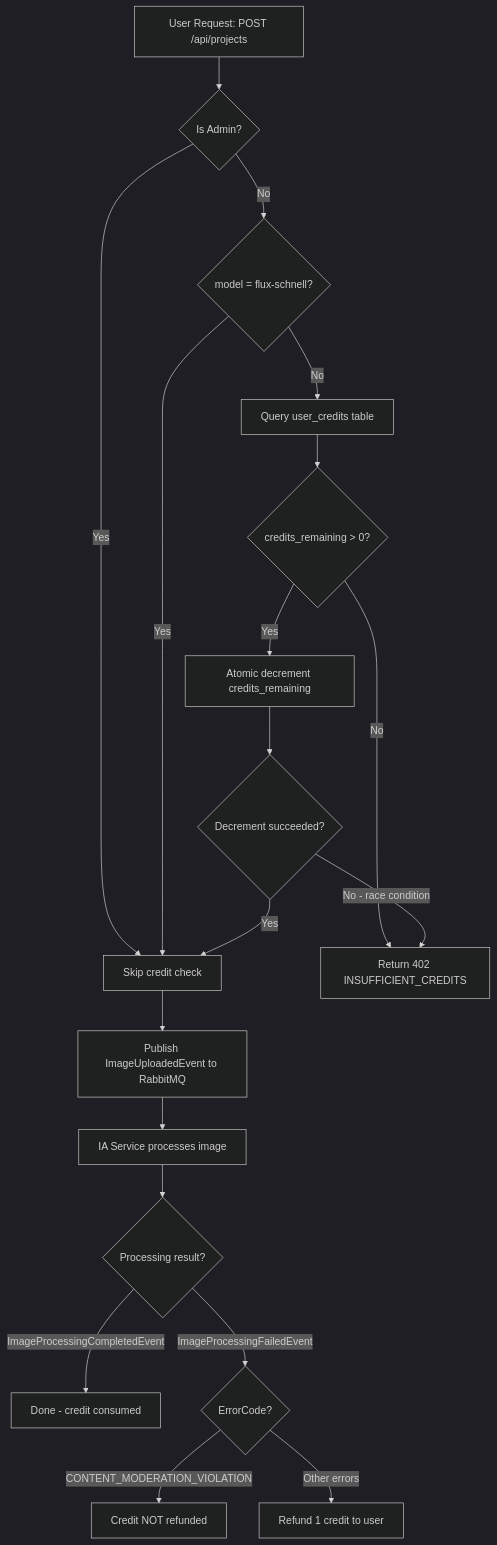
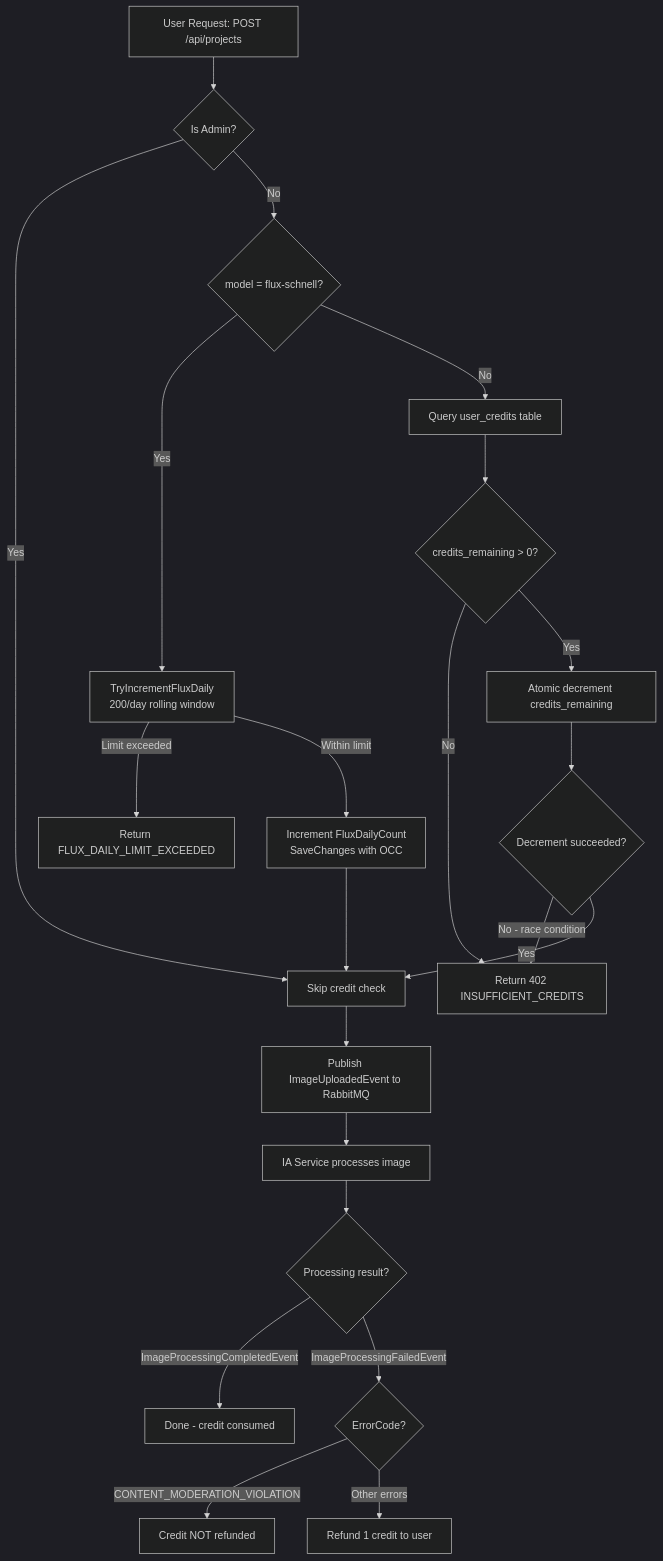
The first of 14 diagrams in docs/ia-architecture/ia-architecture.md (Jhon6723/capstone-software-development-5-service), drawn with Mermaid (dark theme) before and after one commit. The commit also changed other lines of this file, not shown here.

First line of the commit message:
docs(ia-architecture): document OCC pattern for flux-schnell

````diff
--- a/docs/ia-architecture/ia-architecture.md
+++ b/docs/ia-architecture/ia-architecture.md
@@ -389,21 +391,24 @@
 ```mermaid
 flowchart TD
     A[User Request: POST /api/projects] --> B{Is Admin?}
     B -->|Yes| G[Skip credit check]
     B -->|No| C{model = flux-schnell?}
-    C -->|Yes| G
+    C -->|Yes| FS[TryIncrementFluxDaily<br/>200/day rolling window]
+    FS -->|Limit exceeded| FX[Return FLUX_DAILY_LIMIT_EXCEEDED]
+    FS -->|Within limit| H[Increment FluxDailyCount<br/>SaveChanges with OCC]
+    H --> G
     C -->|No| D[Query user_credits table]
     D --> E{credits_remaining > 0?}
     E -->|No| F[Return 402 INSUFFICIENT_CREDITS]
-    E -->|Yes| H[Atomic decrement credits_remaining]
-    H --> I{Decrement succeeded?}
+    E -->|Yes| AD[Atomic decrement credits_remaining]
+    AD --> I{Decrement succeeded?}
     I -->|No - race condition| F
     I -->|Yes| G
     G --> J[Publish ImageUploadedEvent to RabbitMQ]
     J --> K[IA Service processes image]
     K --> L{Processing result?}
     L -->|ImageProcessingCompletedEvent| M[Done - credit consumed]
     L -->|ImageProcessingFailedEvent| N{ErrorCode?}
     N -->|CONTENT_MODERATION_VIOLATION| O[Credit NOT refunded]
     N -->|Other errors| P[Refund 1 credit to user]
 ```
````
